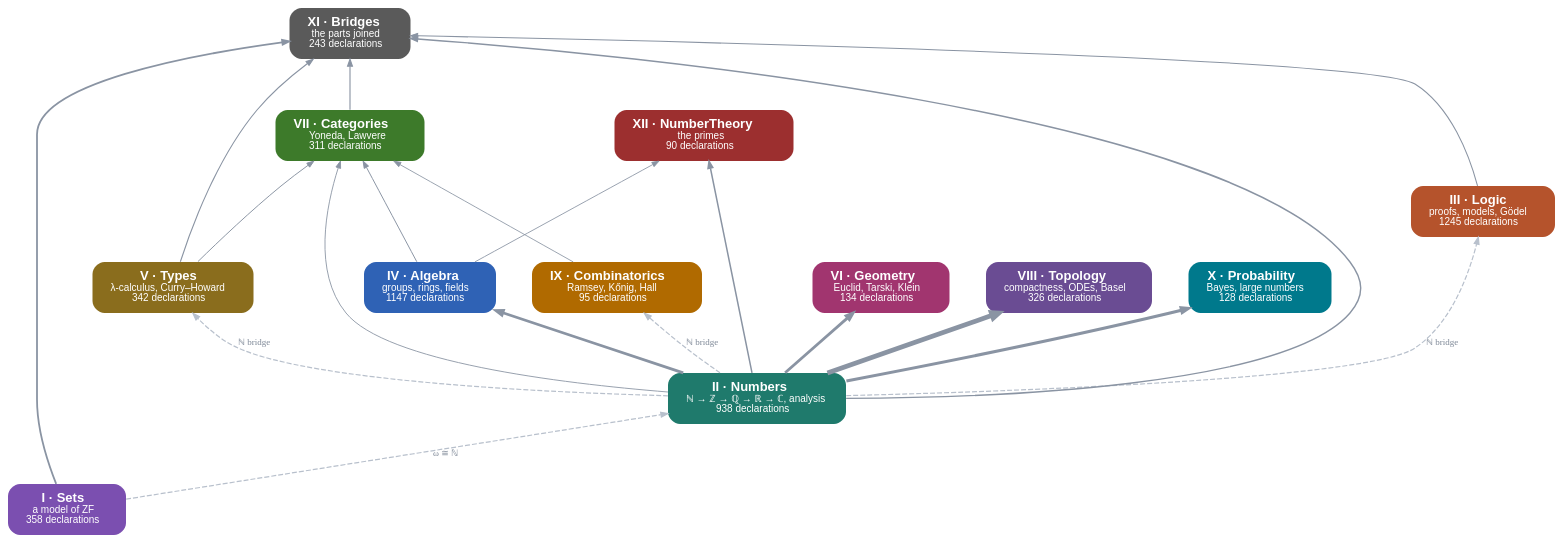
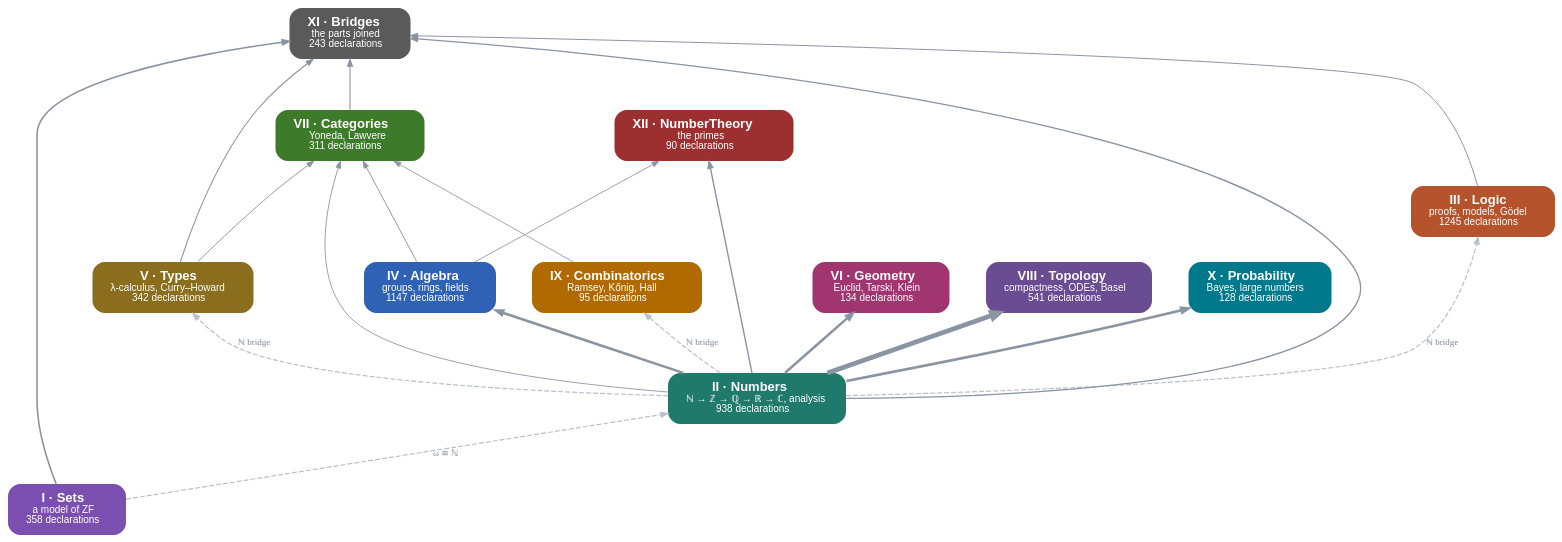
The diagram in site/dist/parts.dot (damianspendel/foundations), drawn with Graphviz before and after one commit. The commit also changed 17 other files, not shown here.

```diff
--- a/site/dist/parts.dot
+++ b/site/dist/parts.dot
@@ -1,36 +1,36 @@
 digraph parts {
 rankdir=BT; bgcolor="transparent"; nodesep=0.5; ranksep=0.7;
 node [shape=box, style="rounded,filled", fontname="Helvetica", fontsize=13, penwidth=0, margin="0.25,0.12"];
 edge [color="#8a94a3", arrowsize=0.7];
 "Sets" [label=<<b>I · Sets</b><br/><font point-size="10">a model of ZF<br/>358 declarations</font>>, fillcolor="#7b4fb0", fontcolor="white"];
 "Numbers" [label=<<b>II · Numbers</b><br/><font point-size="10">ℕ → ℤ → ℚ → ℝ → ℂ, analysis<br/>938 declarations</font>>, fillcolor="#1f7a6c", fontcolor="white"];
 "Logic" [label=<<b>III · Logic</b><br/><font point-size="10">proofs, models, Gödel<br/>1245 declarations</font>>, fillcolor="#b5532c", fontcolor="white"];
 "Algebra" [label=<<b>IV · Algebra</b><br/><font point-size="10">groups, rings, fields<br/>1147 declarations</font>>, fillcolor="#2f62b5", fontcolor="white"];
 "Types" [label=<<b>V · Types</b><br/><font point-size="10">λ-calculus, Curry–Howard<br/>342 declarations</font>>, fillcolor="#8a6d1d", fontcolor="white"];
 "Geometry" [label=<<b>VI · Geometry</b><br/><font point-size="10">Euclid, Tarski, Klein<br/>134 declarations</font>>, fillcolor="#a1356f", fontcolor="white"];
 "Categories" [label=<<b>VII · Categories</b><br/><font point-size="10">Yoneda, Lawvere<br/>311 declarations</font>>, fillcolor="#3d7a2a", fontcolor="white"];
-"Topology" [label=<<b>VIII · Topology</b><br/><font point-size="10">compactness, ODEs, Basel<br/>326 declarations</font>>, fillcolor="#6a4c93", fontcolor="white"];
+"Topology" [label=<<b>VIII · Topology</b><br/><font point-size="10">compactness, ODEs, Basel<br/>541 declarations</font>>, fillcolor="#6a4c93", fontcolor="white"];
 "Combinatorics" [label=<<b>IX · Combinatorics</b><br/><font point-size="10">Ramsey, Kőnig, Hall<br/>95 declarations</font>>, fillcolor="#b06a00", fontcolor="white"];
 "Probability" [label=<<b>X · Probability</b><br/><font point-size="10">Bayes, large numbers<br/>128 declarations</font>>, fillcolor="#00798c", fontcolor="white"];
 "Bridges" [label=<<b>XI · Bridges</b><br/><font point-size="10">the parts joined<br/>243 declarations</font>>, fillcolor="#5a5a5a", fontcolor="white"];
 "NumberTheory" [label=<<b>XII · NumberTheory</b><br/><font point-size="10">the primes<br/>90 declarations</font>>, fillcolor="#9c2f2f", fontcolor="white"];
-"Algebra" -> "Categories" [penwidth=0.98, tooltip="23 uses of Algebra in Categories"];
-"Algebra" -> "NumberTheory" [penwidth=0.86, tooltip="3 uses of Algebra in NumberTheory"];
-"Categories" -> "Bridges" [penwidth=1.13, tooltip="82 uses of Categories in Bridges"];
-"Combinatorics" -> "Categories" [penwidth=0.84, tooltip="1 uses of Combinatorics in Categories"];
-"Logic" -> "Bridges" [penwidth=1.04, tooltip="42 uses of Logic in Bridges"];
-"Numbers" -> "Algebra" [penwidth=2.84, tooltip="3114 uses of Numbers in Algebra"];
-"Numbers" -> "Bridges" [penwidth=1.40, tooltip="267 uses of Numbers in Bridges"];
-"Numbers" -> "Categories" [penwidth=0.88, tooltip="5 uses of Numbers in Categories"];
-"Numbers" -> "Geometry" [penwidth=2.87, tooltip="3189 uses of Numbers in Geometry"];
-"Numbers" -> "NumberTheory" [penwidth=1.49, tooltip="358 uses of Numbers in NumberTheory"];
-"Numbers" -> "Probability" [penwidth=3.01, tooltip="3662 uses of Numbers in Probability"];
-"Numbers" -> "Topology" [penwidth=4.80, tooltip="11945 uses of Numbers in Topology"];
-"Sets" -> "Bridges" [penwidth=1.79, tooltip="738 uses of Sets in Bridges"];
-"Types" -> "Bridges" [penwidth=1.11, tooltip="73 uses of Types in Bridges"];
-"Types" -> "Categories" [penwidth=0.97, tooltip="21 uses of Types in Categories"];
+"Algebra" -> "Categories" [penwidth=0.94, tooltip="23 uses of Algebra in Categories"];
+"Algebra" -> "NumberTheory" [penwidth=0.85, tooltip="3 uses of Algebra in NumberTheory"];
+"Categories" -> "Bridges" [penwidth=1.07, tooltip="82 uses of Categories in Bridges"];
+"Combinatorics" -> "Categories" [penwidth=0.83, tooltip="1 uses of Combinatorics in Categories"];
+"Logic" -> "Bridges" [penwidth=0.99, tooltip="42 uses of Logic in Bridges"];
+"Numbers" -> "Algebra" [penwidth=2.45, tooltip="3114 uses of Numbers in Algebra"];
+"Numbers" -> "Bridges" [penwidth=1.28, tooltip="267 uses of Numbers in Bridges"];
+"Numbers" -> "Categories" [penwidth=0.87, tooltip="5 uses of Numbers in Categories"];
+"Numbers" -> "Geometry" [penwidth=2.47, tooltip="3189 uses of Numbers in Geometry"];
+"Numbers" -> "NumberTheory" [penwidth=1.36, tooltip="358 uses of Numbers in NumberTheory"];
+"Numbers" -> "Probability" [penwidth=2.59, tooltip="3662 uses of Numbers in Probability"];
+"Numbers" -> "Topology" [penwidth=4.80, tooltip="18380 uses of Numbers in Topology"];
+"Sets" -> "Bridges" [penwidth=1.60, tooltip="738 uses of Sets in Bridges"];
+"Types" -> "Bridges" [penwidth=1.05, tooltip="73 uses of Types in Bridges"];
+"Types" -> "Categories" [penwidth=0.94, tooltip="21 uses of Types in Categories"];
 "Sets" -> "Numbers" [style=dashed, color="#b8c0cc", penwidth=1.2, label=<<font point-size="9" color="#7d8796">ω ≅ ℕ</font>>];
 "Numbers" -> "Logic" [style=dashed, color="#b8c0cc", penwidth=1.2, label=<<font point-size="9" color="#7d8796">ℕ bridge</font>>];
 "Numbers" -> "Types" [style=dashed, color="#b8c0cc", penwidth=1.2, label=<<font point-size="9" color="#7d8796">ℕ bridge</font>>];
 "Numbers" -> "Combinatorics" [style=dashed, color="#b8c0cc", penwidth=1.2, label=<<font point-size="9" color="#7d8796">ℕ bridge</font>>];
 }
```
